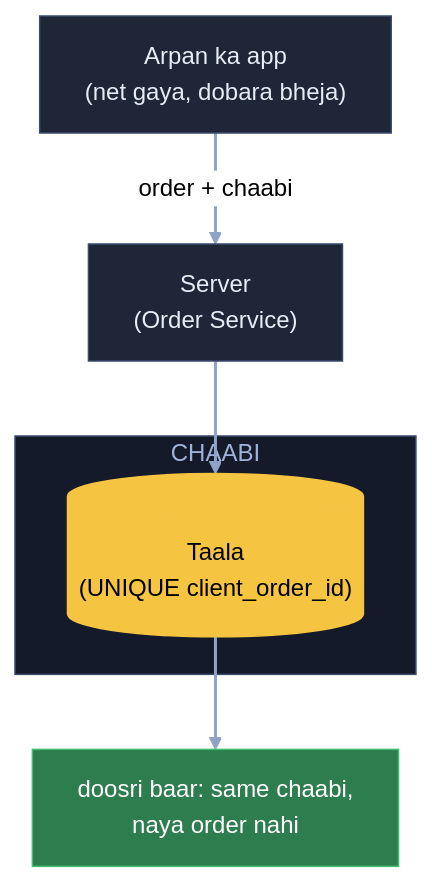
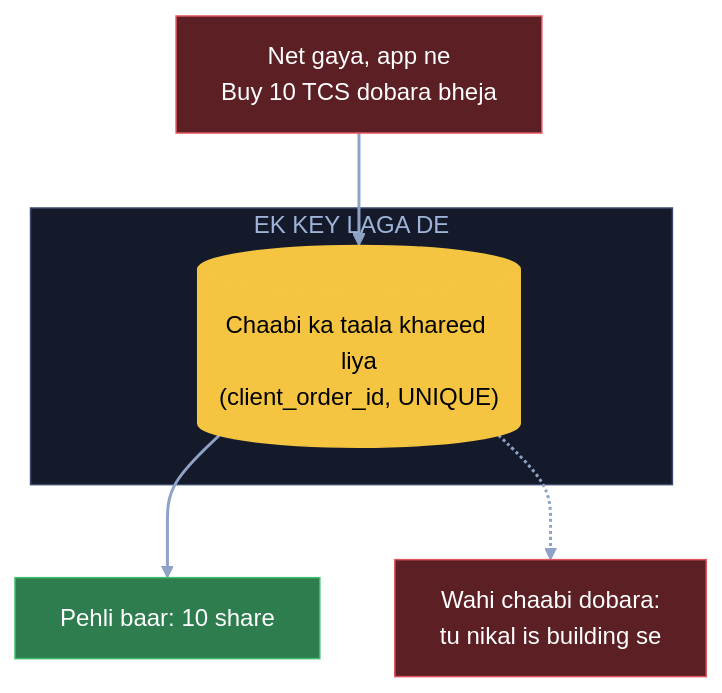
Before and after one commit to ArpanMaheshwari144/Prep: the second of 9 diagrams in 04_HLD/SYSTEM_DESIGNS/05_stock_broker_trading/05_stock_broker_trading.md, drawn with Mermaid (neutral theme). The commit also changed other lines of this file, not shown here.

Commit message:
Stock: 9 diagram hand notes ke shabdon se; K8 'chhota ladka' aur K3 apni jodi line hatai

````diff
--- a/04_HLD/SYSTEM_DESIGNS/05_stock_broker_trading/05_stock_broker_trading.md
+++ b/04_HLD/SYSTEM_DESIGNS/05_stock_broker_trading/05_stock_broker_trading.md
@@ -67,18 +65,18 @@
 ```mermaid
 flowchart TB
-    A["Arpan ka app<br/>(net gaya, dobara bheja)"]:::card
-    O["Server<br/>(Order Service)"]:::card
-    subgraph CH["CHAABI"]
-        K[("Taala<br/>(UNIQUE client_order_id)")]:::pill
+    A["Net gaya, app ne<br/>Buy 10 TCS dobara bheja"]:::bad
+    subgraph CH["EK KEY LAGA DE"]
+        K[("Chaabi ka taala khareed liya<br/>(client_order_id, UNIQUE)")]:::pill
     end
-    X["doosri baar: same chaabi,<br/>naya order nahi"]:::good
-    A -- "order + chaabi" --> O
-    O --> K
-    K --> X
+    OK["Pehli baar: 10 share"]:::good
+    X["Wahi chaabi dobara:<br/>tu nikal is building se"]:::bad
+    A --> K
+    K --> OK
+    K -.-> X
     linkStyle default stroke:#8fa3c7,stroke-width:2px
     classDef card fill:#1e2638,stroke:#3a4a6b,color:#e8ecf5
     classDef pill fill:#f5c542,stroke:#f5c542,color:#000
     classDef good fill:#2e7d4f,stroke:#3fbf6f,color:#fff
     classDef bad fill:#5c1f24,stroke:#e05561,color:#fff
     style CH fill:#141a29,stroke:#3a4a6b,color:#9fb3d9
 ```
````
